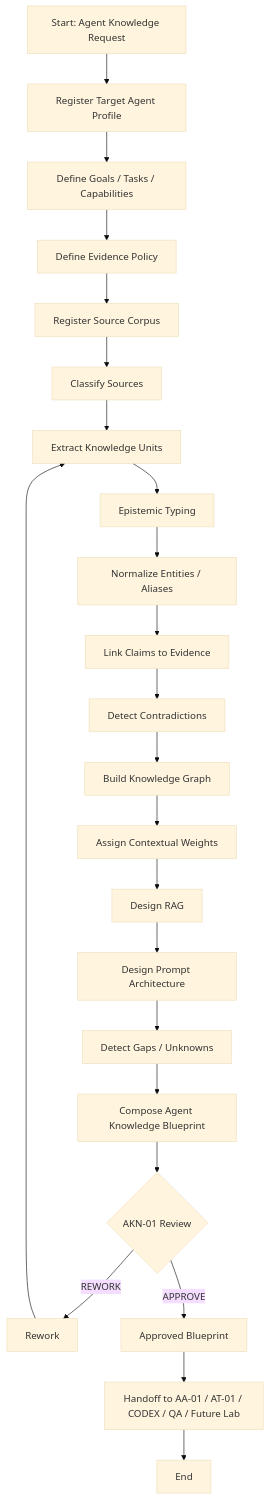
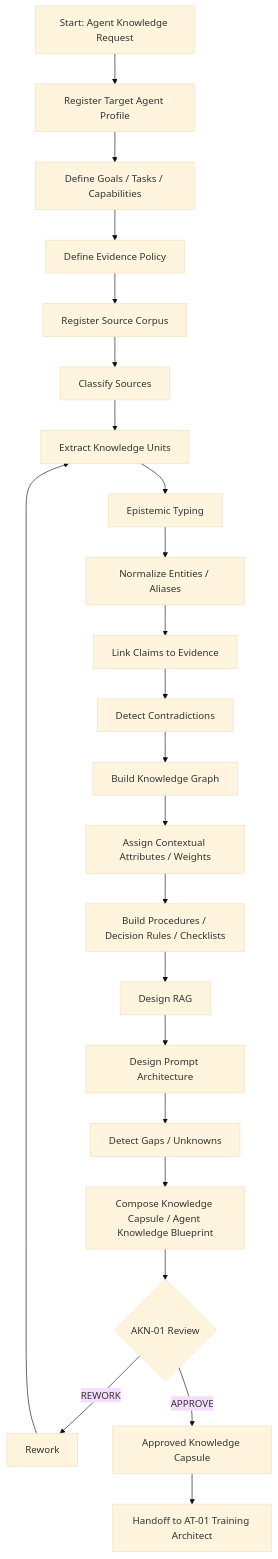
Before and after one commit to VictorKVS/alina-knowledge-worker: the first of 2 diagrams in future_lab/agents/AK-01/business/END_TO_END_PROCESS.md, drawn with Mermaid (base theme). The commit also changed other lines of this file, not shown here.

````diff
--- a/future_lab/agents/AK-01/business/END_TO_END_PROCESS.md
+++ b/future_lab/agents/AK-01/business/END_TO_END_PROCESS.md
@@ -3,29 +5,29 @@
 ```mermaid
 flowchart TD
     A[Start: Agent Knowledge Request]
     B[Register Target Agent Profile]
     C[Define Goals / Tasks / Capabilities]
     D[Define Evidence Policy]
     E[Register Source Corpus]
     F[Classify Sources]
     G[Extract Knowledge Units]
     H[Epistemic Typing]
     I[Normalize Entities / Aliases]
     J[Link Claims to Evidence]
     K[Detect Contradictions]
     L[Build Knowledge Graph]
-    M[Assign Contextual Weights]
-    N[Design RAG]
-    O[Design Prompt Architecture]
-    P[Detect Gaps / Unknowns]
-    Q[Compose Agent Knowledge Blueprint]
-    R{AKN-01 Review}
-    S[Rework]
-    T[Approved Blueprint]
-    U[Handoff to AA-01 / AT-01 / CODEX / QA / Future Lab]
-    V[End]
+    M[Assign Contextual Attributes / Weights]
+    N[Build Procedures / Decision Rules / Checklists]
+    O[Design RAG]
+    P[Design Prompt Architecture]
+    Q[Detect Gaps / Unknowns]
+    R[Compose Knowledge Capsule / Agent Knowledge Blueprint]
+    S{AKN-01 Review}
+    T[Rework]
+    U[Approved Knowledge Capsule]
+    V[Handoff to AT-01 Training Architect]
 
-    A --> B --> C --> D --> E --> F --> G --> H --> I --> J --> K --> L --> M --> N --> O --> P --> Q --> R
-    R -->|REWORK| S --> G
-    R -->|APPROVE| T --> U --> V
+    A --> B --> C --> D --> E --> F --> G --> H --> I --> J --> K --> L --> M --> N --> O --> P --> Q --> R --> S
+    S -->|REWORK| T --> G
+    S -->|APPROVE| U --> V
 ```
````
